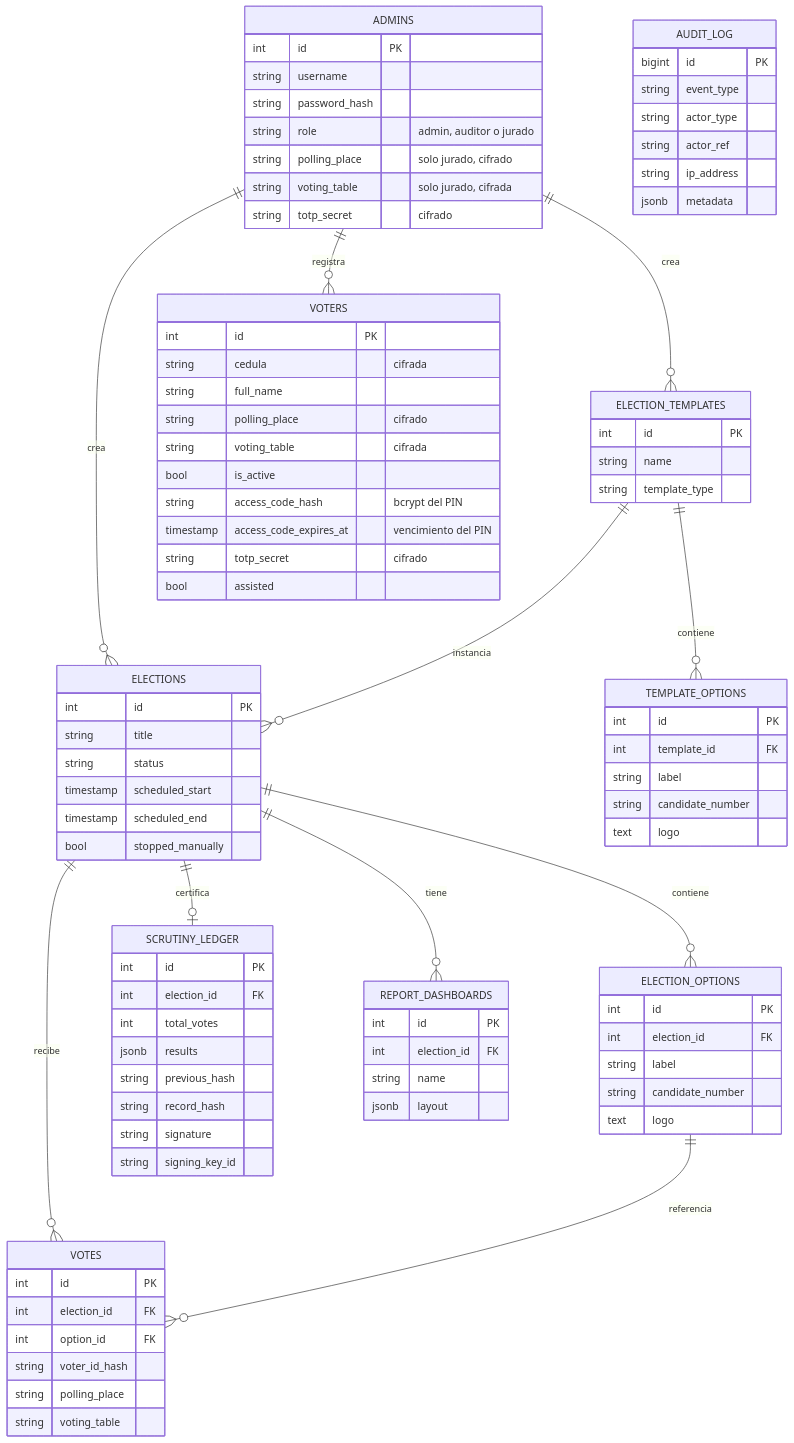
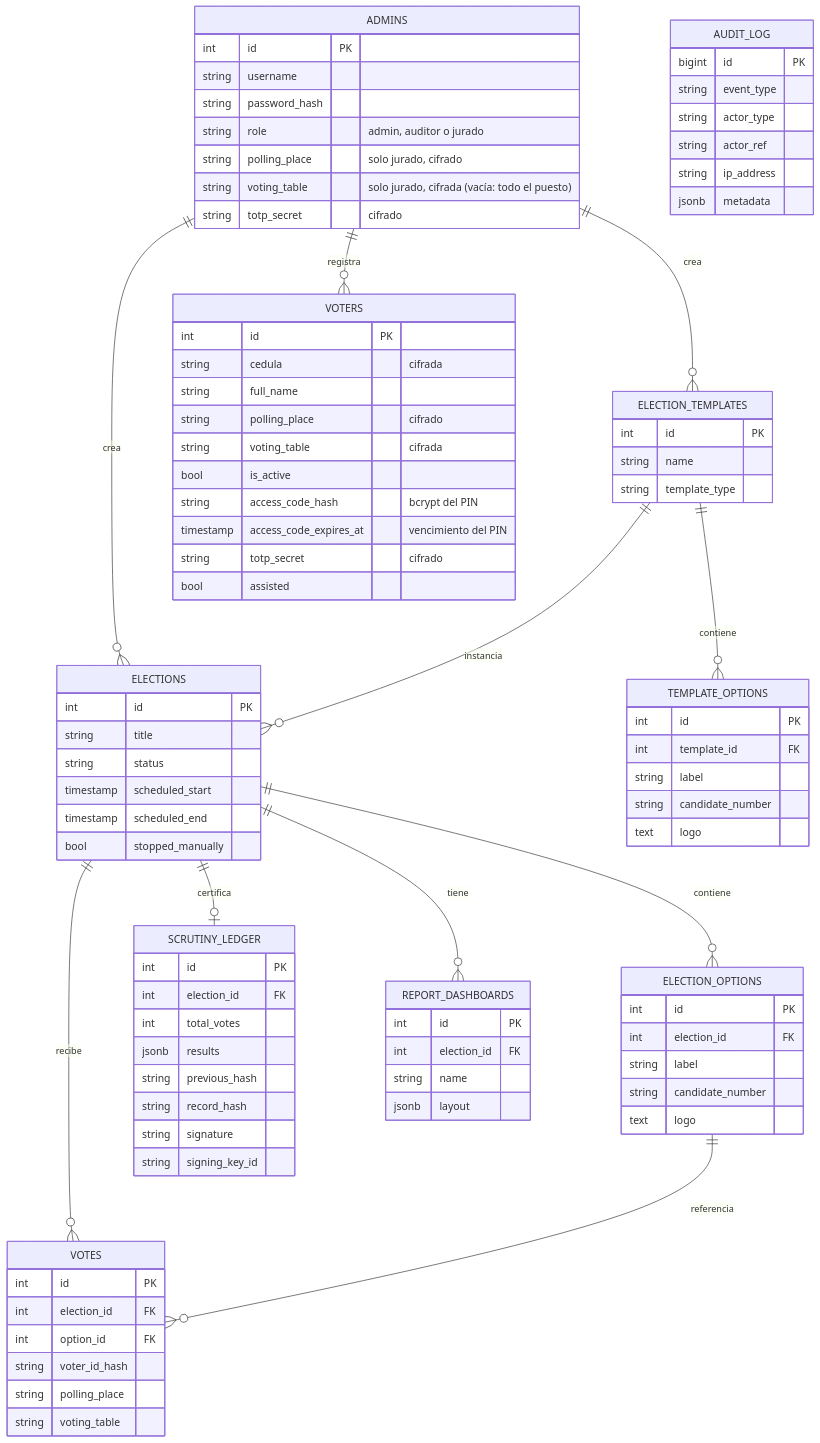
Before and after one commit to NicolasPineda1421/LiveMetric: the fifth of 5 diagrams in docs/manual-arquitectura.md, drawn with Mermaid. The commit also changed other lines of this file and 22 other files, not shown here.

First line of the commit message:
Jurado de mesa o de todo el puesto, elegido del padron

```diff
--- a/docs/manual-arquitectura.md
+++ b/docs/manual-arquitectura.md
@@ -384,7 +384,7 @@
         string password_hash
         string role "admin, auditor o jurado"
         string polling_place "solo jurado, cifrado"
-        string voting_table "solo jurado, cifrada"
+        string voting_table "solo jurado, cifrada (vacía: todo el puesto)"
         string totp_secret "cifrado"
     }
     VOTERS {
```
